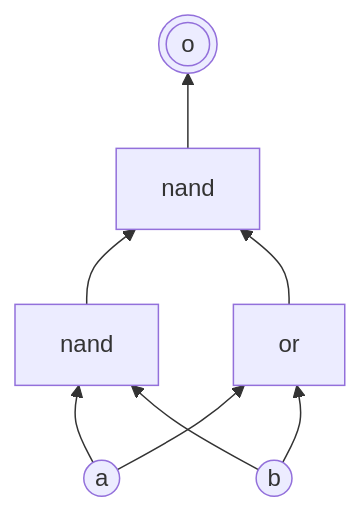
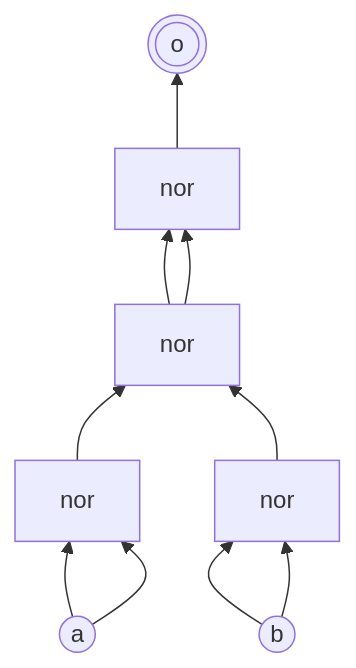
One commit to calfzhou/gocalf.com changed the fourth of 7 diagrams in source/notes/the-nand-game-optional-levels/index.md. Above: the diagram before and after it, drawn with Mermaid. The commit also changed other lines of this file and 4 other files, not shown here.

````diff
--- a/source/notes/the-nand-game-optional-levels/index.md
+++ b/source/notes/the-nand-game-optional-levels/index.md
@@ -143,6 +144,7 @@
 ```mermaid
 flowchart BT
-a((a)) & b((b)) --> n1[nand]
-a & b --> or
-n1 & or --> n2[nand] --> o(((o)))
+a((a)) & a --> n1[nor]
+b((b)) & b --> n2[nor]
+n1 & n2 --> n3[nor]
+n3 & n3 --> n4[nor] --> o(((o)))
 ```
````
